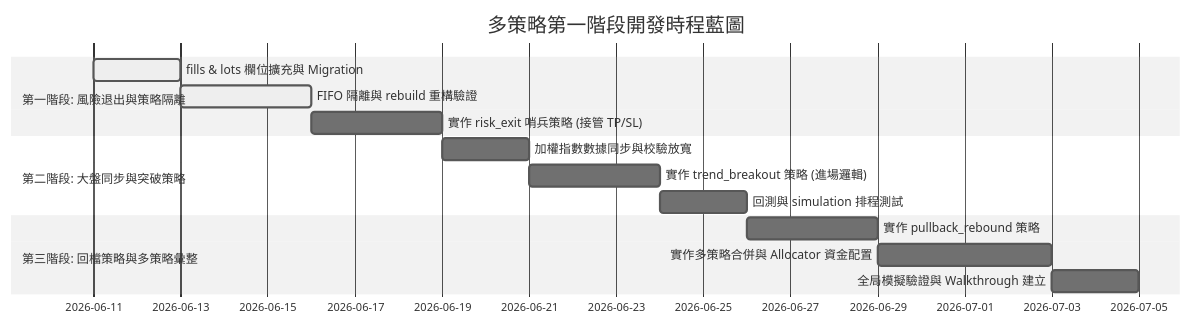
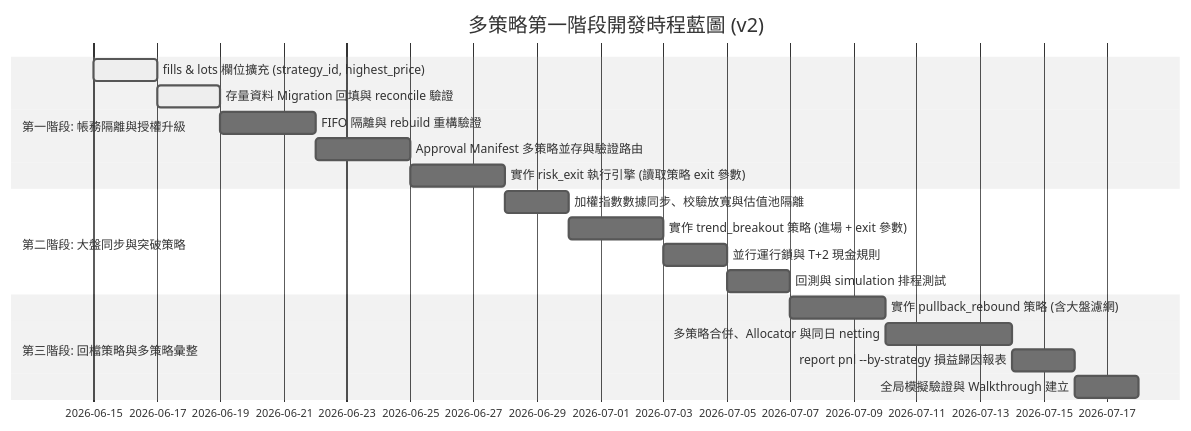
The second of 2 diagrams in multi_strategy_plan.md (ChenHom/tw-swing-trading-mvp), drawn with Mermaid (neutral theme) before and after one commit. The commit also changed other lines of this file, not shown here.

First line of the commit message:
docs: multi_strategy_plan v3 — 四項決策定案與程式碼審查修正

````diff
--- a/multi_strategy_plan.md
+++ b/multi_strategy_plan.md
@@ -98,17 +283,21 @@
 ```mermaid
 gantt
-    title 多策略第一階段開發時程藍圖
+    title 多策略第一階段開發時程藍圖 (v2)
     dateFormat  YYYY-MM-DD
-    section 第一階段: 風險退出與策略隔離
-     fills & lots 欄位擴充與 Migration      :active, p1-1, 2026-06-11, 2d
-     FIFO 隔離與 rebuild 重構驗證          :active, p1-2, after p1-1, 3d
-     實作 risk_exit 哨兵策略 (接管 TP/SL) :p1-3, after p1-2, 3d
+    section 第一階段: 帳務隔離與授權升級
+     fills & lots 欄位擴充 (strategy_id, highest_price) :active, p1-1, 2026-06-15, 2d
+     存量資料 Migration 回填與 reconcile 驗證          :active, p1-2, after p1-1, 2d
+     FIFO 隔離與 rebuild 重構驗證                      :p1-3, after p1-2, 3d
+     Approval Manifest 多策略並存與驗證路由             :p1-4, after p1-3, 3d
+     實作 risk_exit 執行引擎 (讀取策略 exit 參數)       :p1-5, after p1-4, 3d
     section 第二階段: 大盤同步與突破策略
-     加權指數數據同步與校驗放寬             :p2-1, after p1-3, 2d
-     實作 trend_breakout 策略 (進場邏輯)   :p2-2, after p2-1, 3d
-     回測與 simulation 排程測試            :p2-3, after p2-2, 2d
+     加權指數數據同步、校驗放寬與估值池隔離              :p2-1, after p1-5, 2d
+     實作 trend_breakout 策略 (進場 + exit 參數)        :p2-2, after p2-1, 3d
+     並行運行鎖與 T+2 現金規則                          :p2-3, after p2-2, 2d
+     回測與 simulation 排程測試                         :p2-4, after p2-3, 2d
     section 第三階段: 回檔策略與多策略彙整
-     實作 pullback_rebound 策略            :p3-1, after p2-3, 3d
-     實作多策略合併與 Allocator 資金配置   :p3-2, after p3-1, 4d
-     全局模擬驗證與 Walkthrough 建立       :p3-3, after p3-2, 2d
+     實作 pullback_rebound 策略 (含大盤濾網)            :p3-1, after p2-4, 3d
+     多策略合併、Allocator 與同日 netting                :p3-2, after p3-1, 4d
+     report pnl --by-strategy 損益歸因報表              :p3-3, after p3-2, 2d
+     全局模擬驗證與 Walkthrough 建立                    :p3-4, after p3-3, 2d
 ```
````
